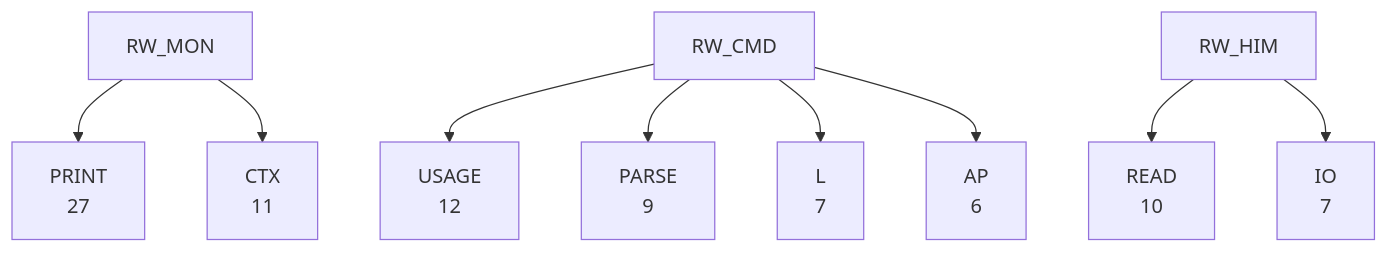
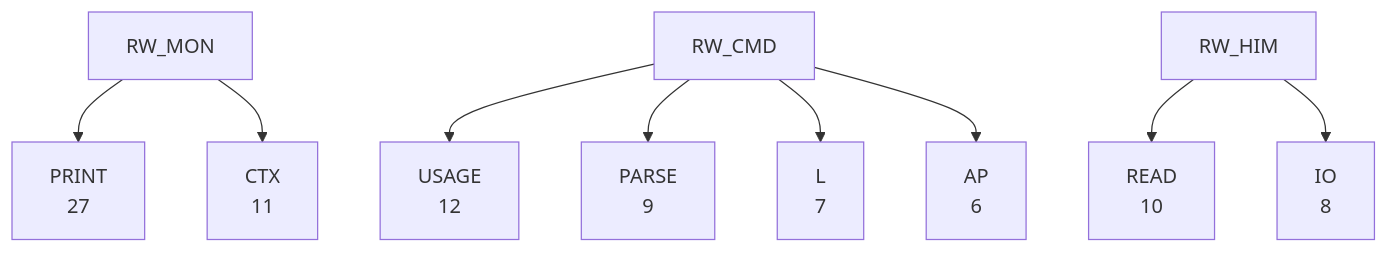
One commit to 95westus/R-YORS changed the third of 8 diagrams in DOC/GENERATED/ROUTINE_WORD_TREE.md. Above: the diagram before and after it, drawn with Mermaid. The commit also changed other lines of this file and 33 other files, not shown here.

````diff
--- a/DOC/GENERATED/ROUTINE_WORD_TREE.md
+++ b/DOC/GENERATED/ROUTINE_WORD_TREE.md
@@ -47,11 +47,11 @@
 ```mermaid
 flowchart TD
     RW_MON --> RW_MON_PRINT["PRINT<br/>27"]
     RW_CMD --> RW_CMD_USAGE["USAGE<br/>12"]
     RW_MON --> RW_MON_CTX["CTX<br/>11"]
     RW_HIM --> RW_HIM_READ["READ<br/>10"]
     RW_CMD --> RW_CMD_PARSE["PARSE<br/>9"]
+    RW_HIM --> RW_HIM_IO["IO<br/>8"]
     RW_CMD --> RW_CMD_L["L<br/>7"]
-    RW_HIM --> RW_HIM_IO["IO<br/>7"]
     RW_CMD --> RW_CMD_AP["AP<br/>6"]
 ```
````
